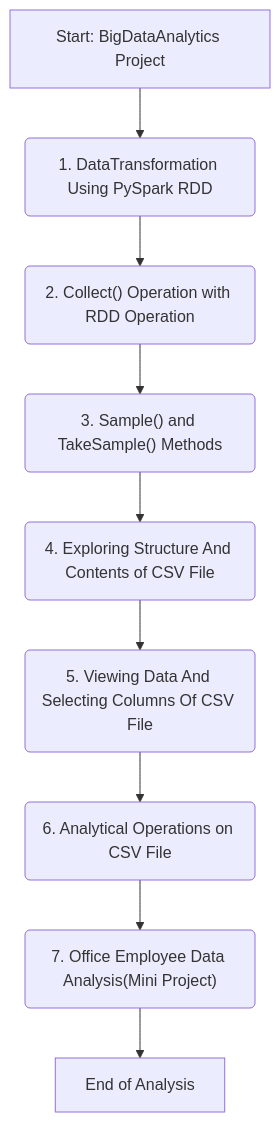
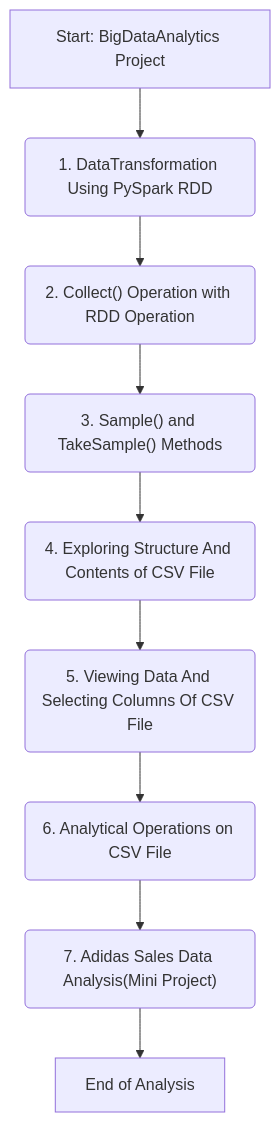
One commit to JaswithReddy7/BigDataAnalytics changed the diagram in README.md. Above: the diagram before and after it, drawn with Mermaid. The commit also changed other lines of this file, not shown here.

````diff
--- a/README.md
+++ b/README.md
@@ -30,11 +30,11 @@
 ```mermaid
 graph TD
     A[Start: BigDataAnalytics Project] --> B("1. DataTransformation Using PySpark RDD");
     B --> C("2. Collect() Operation with RDD Operation");
     C --> D("3. Sample() and TakeSample() Methods");
     D --> E("4. Exploring Structure And Contents of CSV File");
     E --> F("5. Viewing Data And Selecting Columns Of CSV File");
     F --> G("6. Analytical Operations on CSV File");
-    G --> H("7. Office Employee Data Analysis(Mini Project)");
+    G --> H("7. Adidas Sales Data Analysis(Mini Project)");
     H --> I[End of Analysis];
 ```
````
